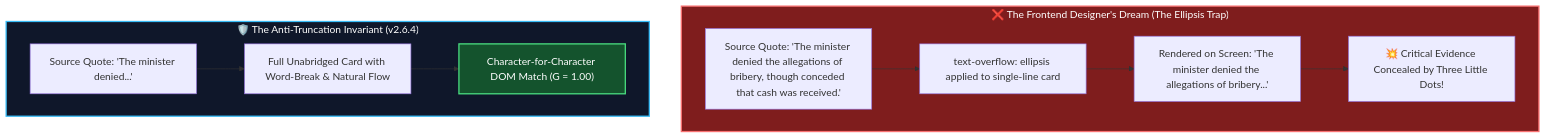
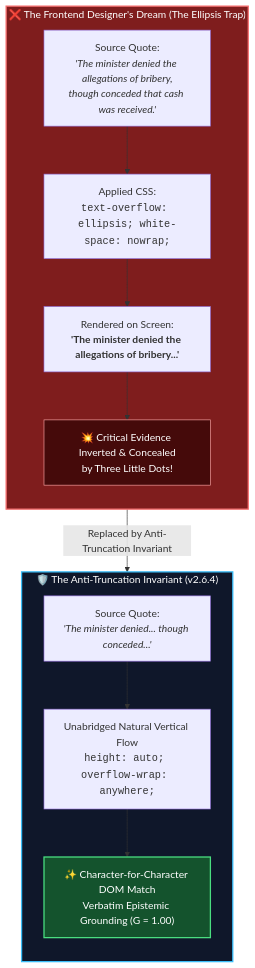
The diagram in blog/the-anti-truncation-crusade.md (artibyrd/credence-docs), drawn with Mermaid before and after one commit. The commit also changed 10 other files, not shown here.

Commit message:
feat(ui): add interactive diagram pan-zoom controls, fullscreen lightbox, and optimize typography

````diff
--- a/blog/the-anti-truncation-crusade.md
+++ b/blog/the-anti-truncation-crusade.md
@@ -35,21 +35,24 @@
 ```mermaid
-graph TD
+flowchart TD
     subgraph AestheticTrap ["❌ The Frontend Designer's Dream (The Ellipsis Trap)"]
-        RawQuote["Source Quote: 'The minister denied the allegations of bribery, though conceded that cash was received.'"]
-        CSS["text-overflow: ellipsis applied to single-line card"]
-        Truncated["Rendered on Screen: 'The minister denied the allegations of bribery...'"]
-        Inversion["💥 Critical Evidence Concealed by Three Little Dots!"]
-        RawQuote --> CSS --> Truncated --> Inversion
+        direction TB
+        RawQuote["Source Quote:<br/><i>'The minister denied the allegations of bribery,<br/>though conceded that cash was received.'</i>"]
+        --> CSS["Applied CSS:<br/><code>text-overflow: ellipsis; white-space: nowrap;</code>"]
+        --> Truncated["Rendered on Screen:<br/><b>'The minister denied the allegations of bribery...'</b>"]
+        --> Inversion["💥 Critical Evidence Inverted & Concealed<br/>by Three Little Dots!"]
     end
 
     subgraph GroundedReality ["🛡️ The Anti-Truncation Invariant (v2.6.4)"]
-        RawQuote2["Source Quote: 'The minister denied...'"]
-        Unabridged["Full Unabridged Card with Word-Break & Natural Flow"]
-        Verbatim["Character-for-Character DOM Match (G = 1.00)"]
-        RawQuote2 --> Unabridged --> Verbatim
+        direction TB
+        RawQuote2["Source Quote:<br/><i>'The minister denied... though conceded...'</i>"]
+        --> Unabridged["Unabridged Natural Vertical Flow<br/><code>height: auto; overflow-wrap: anywhere;</code>"]
+        --> Verbatim["✨ Character-for-Character DOM Match<br/>Verbatim Epistemic Grounding (G = 1.00)"]
     end
+
+    AestheticTrap -->|"Replaced by Anti-Truncation Invariant"| GroundedReality
 
     style AestheticTrap fill:#7f1d1d,stroke:#f87171,stroke-width:2px,color:#fff
     style GroundedReality fill:#0f172a,stroke:#38bdf8,stroke-width:2px,color:#fff
     style Verbatim fill:#14532d,stroke:#4ade80,stroke-width:2px,color:#fff
+    style Inversion fill:#450a0a,stroke:#fca5a5,stroke-width:1px,color:#fff
 ```
````
